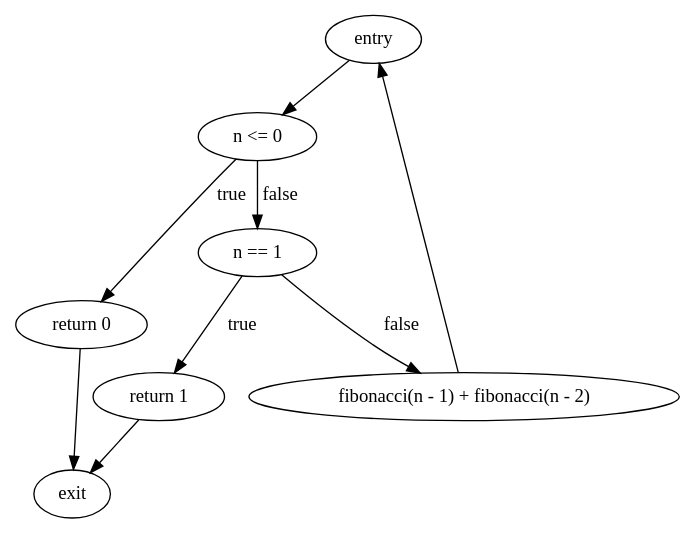
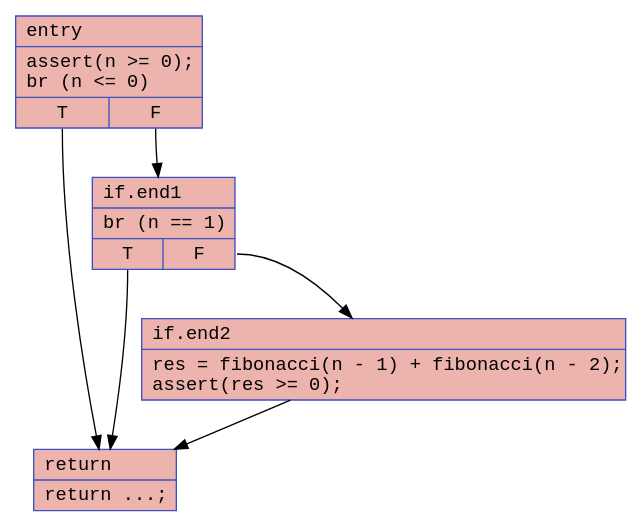
The second of 4 diagrams in examples/fibonacci/fibonacci.md (twanman1412/blueprintScript), drawn with Graphviz before and after one commit. The commit also changed other lines of this file and 58 other files, not shown here.

````diff
--- a/examples/fibonacci/fibonacci.md
+++ b/examples/fibonacci/fibonacci.md
@@ -26,20 +21,16 @@
 ```dot
-digraph "CFG for fibonacci-defensive.bps" {
-    entry [label="entry"];
-    check_n_le_0 [label="n <= 0"];
-    return_0 [label="return 0"];
-    check_n_eq_1 [label="n == 1"];
-    return_1 [label="return 1"];
-    recursive_call [label="fibonacci(n - 1) + fibonacci(n - 2)"];
-    exit [label="exit"];
+digraph "CFG for fibonacci" {
+	entry [shape=record, color="#3d50c3ff", style=filled, fillcolor="#d6524470", fontname="Courier", label="{entry\l|assert(n \>= 0);\lbr (n \<= 0)\l|{<s0>T|<s1>F}}"];
+	entry:s0 -> ret;
+	entry:s1 -> if_end1;
+	
+	if_end1 [shape=record, color="#3d50c3ff", style=filled, fillcolor="#d6524470", fontname="Courier", label="{if.end1\l|br (n == 1)\l|{<s0>T|<s1>F}}"];
+	if_end1:s0 -> ret;
+	if_end1:s1 -> if_end2;
+	
+	if_end2 [shape=record, color="#3d50c3ff", style=filled, fillcolor="#d6524470", fontname="Courier", label="{if.end2\l|res = fibonacci(n - 1) + fibonacci(n - 2);\lassert(res \>= 0);\l}"];
+	if_end2 -> ret;
 
-    entry -> check_n_le_0;
-    check_n_le_0 -> return_0 [label="true"];
-    check_n_le_0 -> check_n_eq_1 [label="false"];
-    return_0 -> exit;
-    check_n_eq_1 -> return_1 [label="true"];
-    check_n_eq_1 -> recursive_call [label="false"];
-    return_1 -> exit;
-    recursive_call -> entry;
+	ret [shape=record, color="#3d50c3ff", style=filled, fillcolor="#d6524470", fontname="Courier", label="{return\l|return ...;\l}"];
 }
 ```
````
